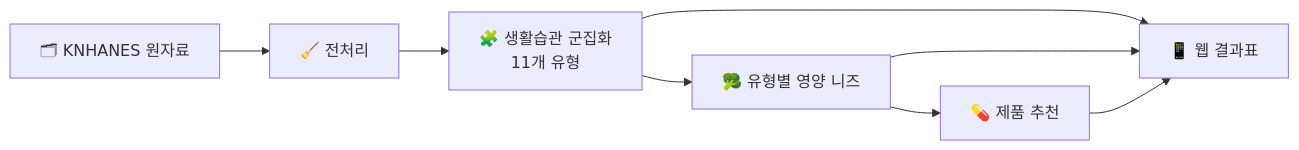
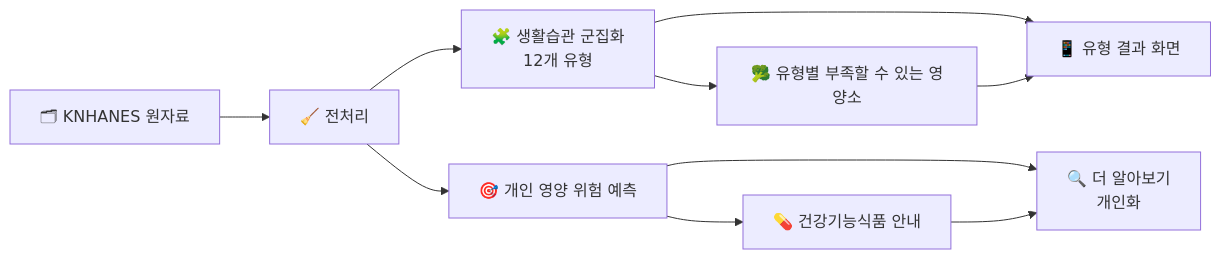
Before and after one commit to BigskyYang/Matchum: the first of 2 diagrams in README.md, drawn with Mermaid. The commit also changed other lines of this file and 7 other files, not shown here.

````diff
--- a/README.md
+++ b/README.md
@@ -33,7 +33,9 @@
 ```mermaid
 flowchart LR
-    A[🗂 KNHANES 원자료] --> B[🧹 전처리] --> C[🧩 생활습관 군집화<br>11개 유형]
-    C --> D[🥦 유형별 영양 니즈]
-    D --> E[💊 제품 추천]
-    C & D & E --> F[📱 웹 결과표]
+    A[🗂 KNHANES 원자료] --> B[🧹 전처리] --> C[🧩 생활습관 군집화<br>12개 유형]
+    C --> D[🥦 유형별 부족할 수 있는 영양소]
+    B --> E[🎯 개인 영양 위험 예측]
+    E --> G[💊 건강기능식품 안내]
+    C & D --> F[📱 유형 결과 화면]
+    E & G --> H[🔍 더 알아보기<br>개인화]
 ```
````
